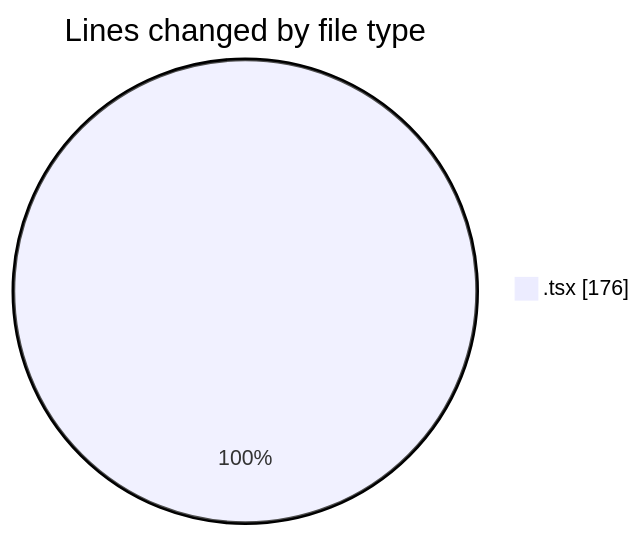
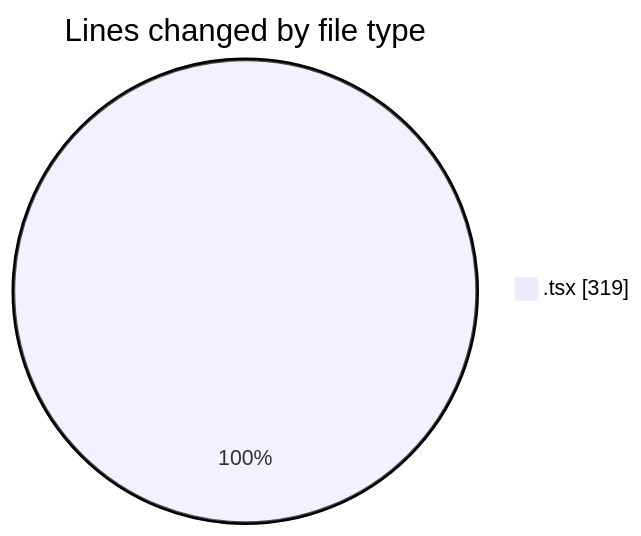
Before and after one commit to nxtqubesakshisongat/code-tracking: the first of 2 diagrams in 2026-03-30/nxtqube_webapp/README.md, drawn with Mermaid. The commit also changed other lines of this file and 1 other file, not shown here.

````diff
--- a/2026-03-30/nxtqube_webapp/README.md
+++ b/2026-03-30/nxtqube_webapp/README.md
@@ -20,5 +21,5 @@
 ```mermaid
 pie showData
 title Lines changed by file type
-".tsx" : 176
+".tsx" : 319
 ```
````
